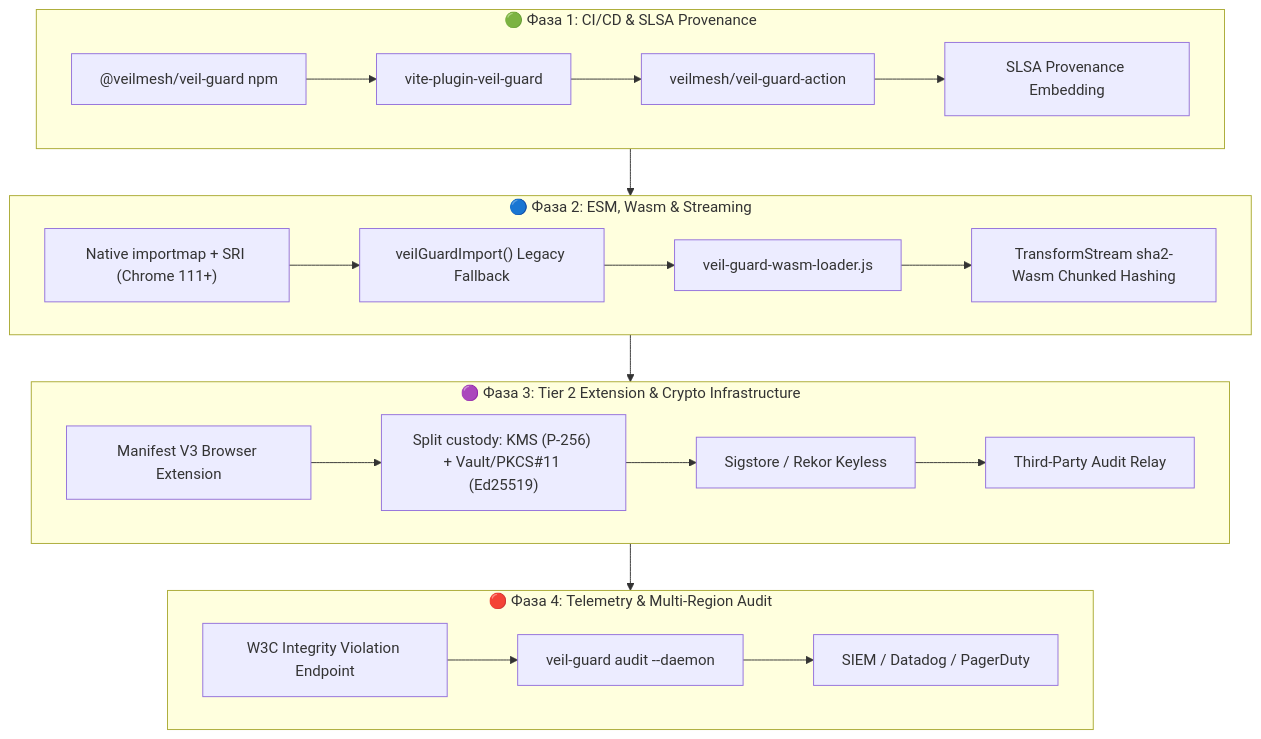
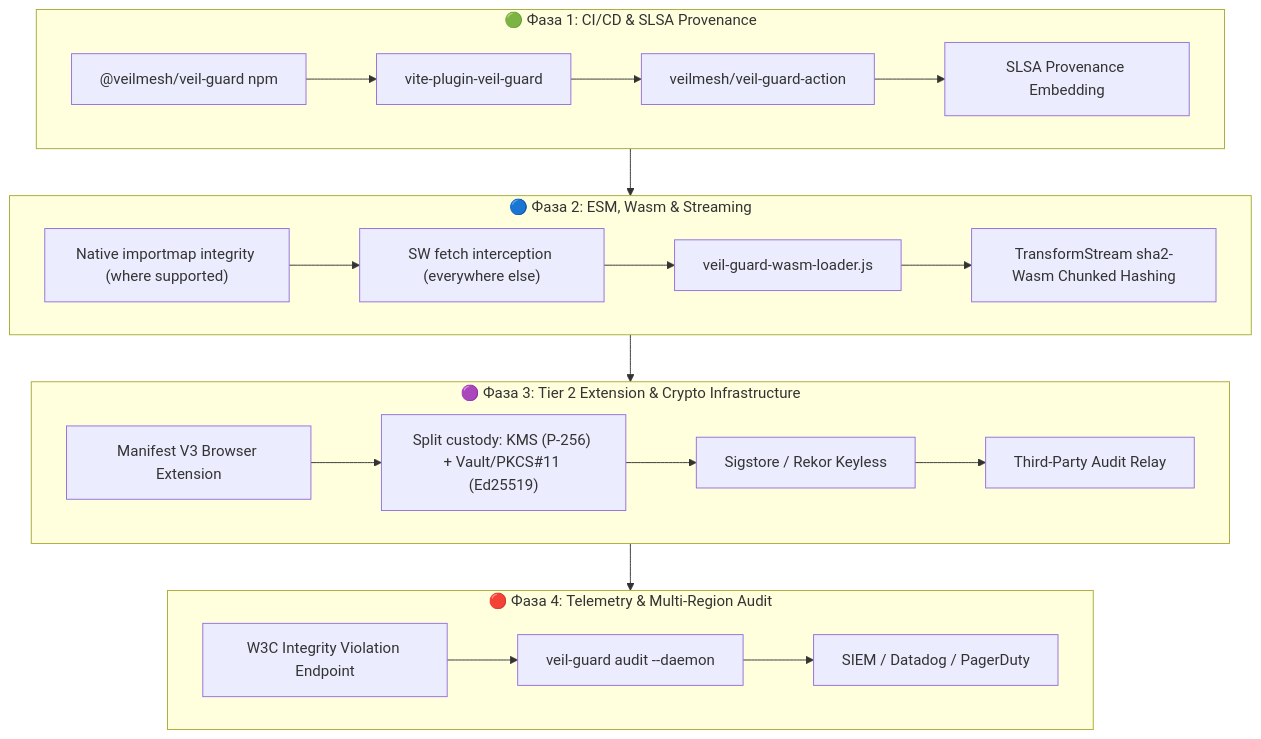
Before and after one commit to veilmesh/veil-guard: the diagram in ROADMAP.md, drawn with Mermaid. The commit also changed other lines of this file and 106 other files, not shown here.

````diff
--- a/ROADMAP.md
+++ b/ROADMAP.md
@@ -19,27 +19,27 @@
 ```mermaid
 flowchart TD
     subgraph Phase1["🟢 Фаза 1: CI/CD & SLSA Provenance"]
         P1_1["@veilmesh/veil-guard npm"] --> P1_2["vite-plugin-veil-guard"]
         P1_2 --> P1_3["veilmesh/veil-guard-action"]
         P1_3 --> P1_4["SLSA Provenance Embedding"]
     end
 
     subgraph Phase2["🔵 Фаза 2: ESM, Wasm & Streaming"]
-        P2_1["Native importmap + SRI (Chrome 111+)"] --> P2_2["veilGuardImport() Legacy Fallback"]
+        P2_1["Native importmap integrity (where supported)"] --> P2_2["SW fetch interception (everywhere else)"]
         P2_2 --> P2_3["veil-guard-wasm-loader.js"]
         P2_3 --> P2_4["TransformStream sha2-Wasm Chunked Hashing"]
     end
 
     subgraph Phase3["🟣 Фаза 3: Tier 2 Extension & Crypto Infrastructure"]
         P3_1["Manifest V3 Browser Extension"] --> P3_2["Split custody: KMS (P-256) + Vault/PKCS#11 (Ed25519)"]
         P3_2 --> P3_3["Sigstore / Rekor Keyless"]
         P3_3 --> P3_4["Third-Party Audit Relay"]
     end
 
     subgraph Phase4["🔴 Фаза 4: Telemetry & Multi-Region Audit"]
         P4_1["W3C Integrity Violation Endpoint"] --> P4_2["veil-guard audit --daemon"]
         P4_2 --> P4_3["SIEM / Datadog / PagerDuty"]
     end
 
     Phase1 --> Phase2 --> Phase3 --> Phase4
 ```
````
